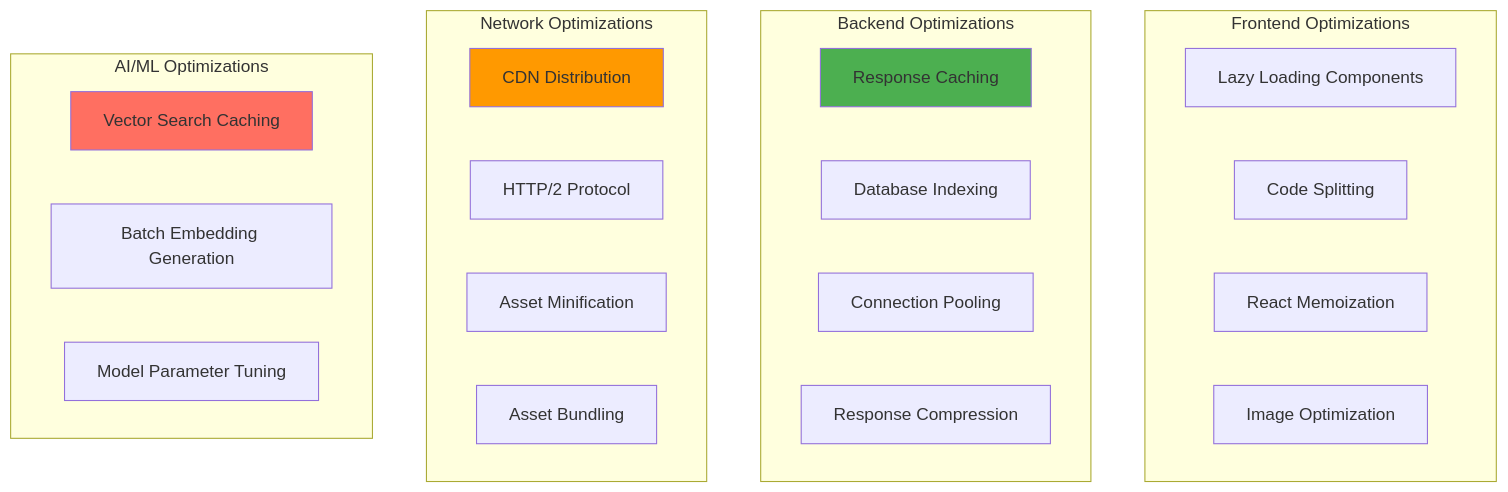
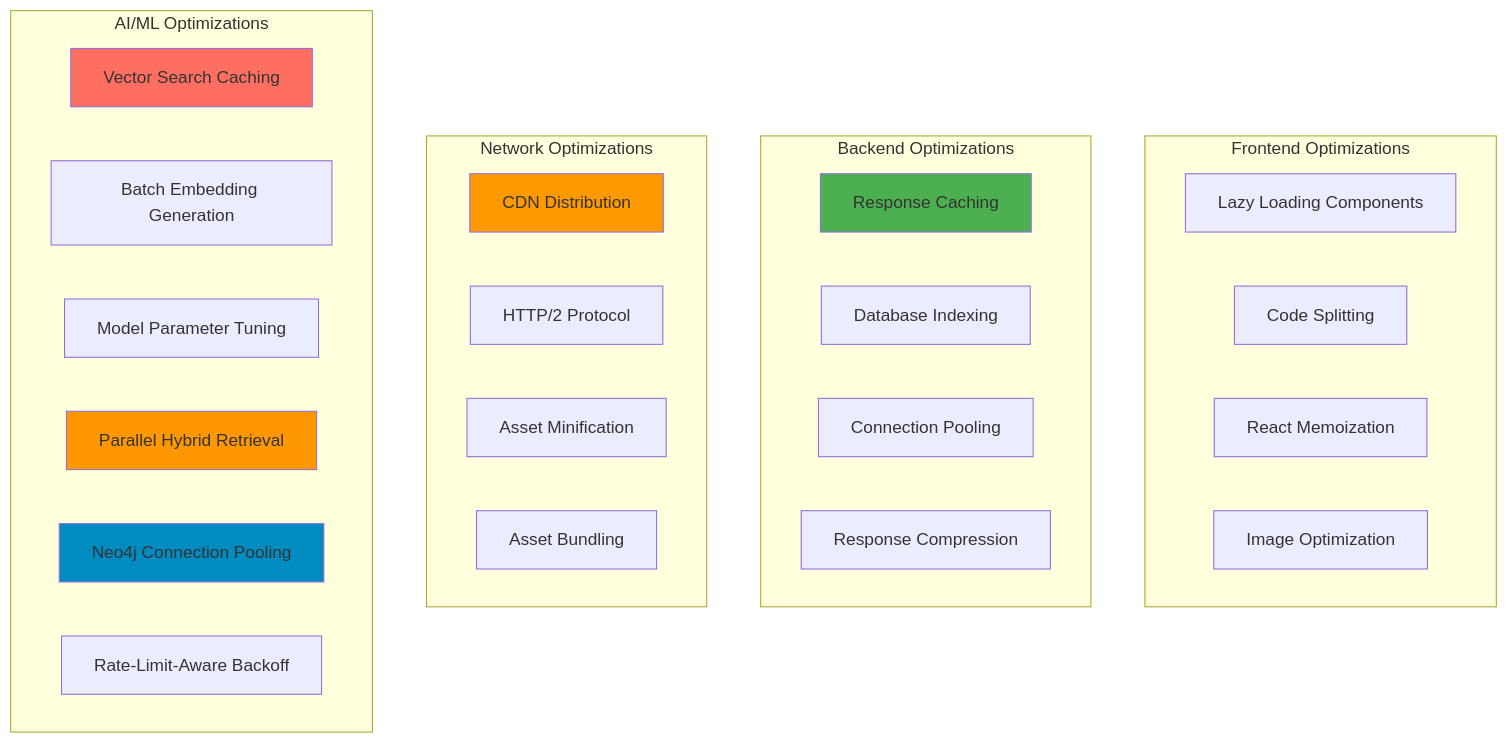
Before and after one commit to hoangsonww/AI-RAG-Assistant-Chatbot: diagram 38 of 43 in ARCHITECTURE.md, drawn with Mermaid. The commit also changed other lines of this file and 32 other files, not shown here.

First line of the commit message:
feat(rag): add hybrid Pinecone+Neo4j retrieval, graph ingestion, and CLI graph management

````diff
--- a/ARCHITECTURE.md
+++ b/ARCHITECTURE.md
@@ -1401,33 +1883,38 @@
 ```mermaid
 graph TD
     subgraph "Frontend Optimizations"
         LazyLoad[Lazy Loading Components]
         CodeSplit[Code Splitting]
         Memoization[React Memoization]
         ImageOpt[Image Optimization]
     end
 
     subgraph "Backend Optimizations"
         Caching[Response Caching]
         DBIndexing[Database Indexing]
         ConnectionPool[Connection Pooling]
         Compression[Response Compression]
     end
 
     subgraph "Network Optimizations"
         CDN[CDN Distribution]
         HTTP2[HTTP/2 Protocol]
         Minification[Asset Minification]
         Bundling[Asset Bundling]
     end
 
     subgraph "AI/ML Optimizations"
         VectorCache[Vector Search Caching]
         BatchEmbedding[Batch Embedding Generation]
         ModelOptimization[Model Parameter Tuning]
+        ParallelRetrieval[Parallel Hybrid Retrieval]
+        GraphPooling[Neo4j Connection Pooling]
+        RateLimitBackoff[Rate-Limit-Aware Backoff]
     end
 
     style Caching fill:#4CAF50
     style CDN fill:#FF9900
     style VectorCache fill:#FF6F61
+    style ParallelRetrieval fill:#FF9800
+    style GraphPooling fill:#008CC1
 ```
````
